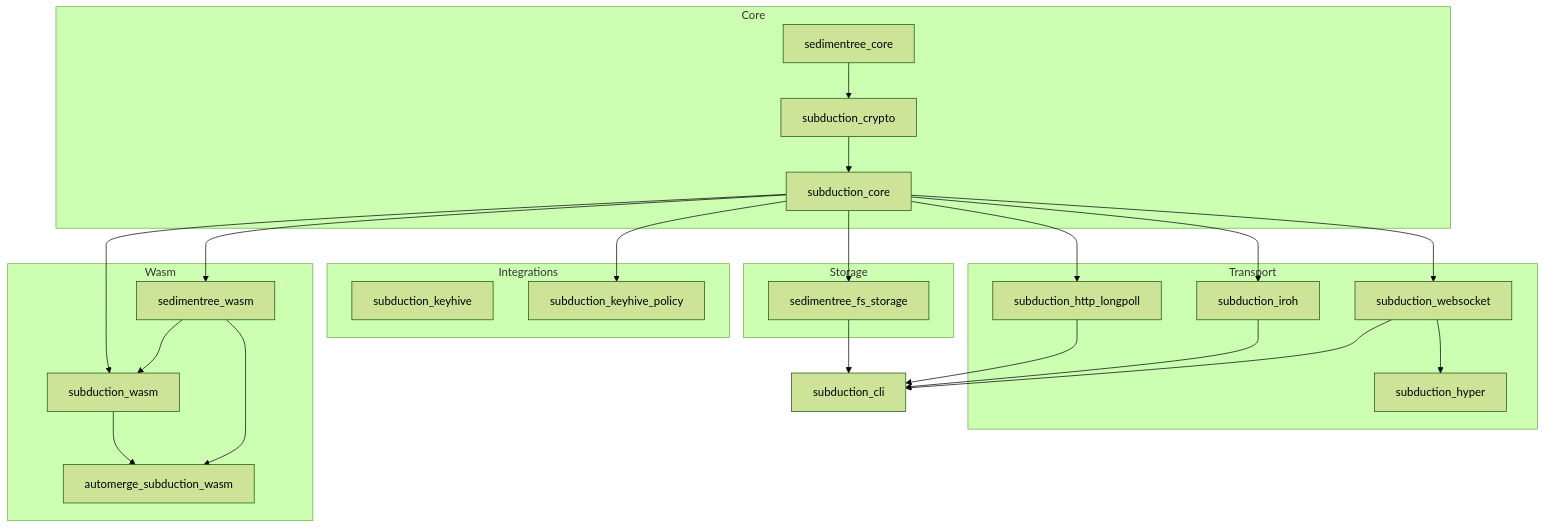
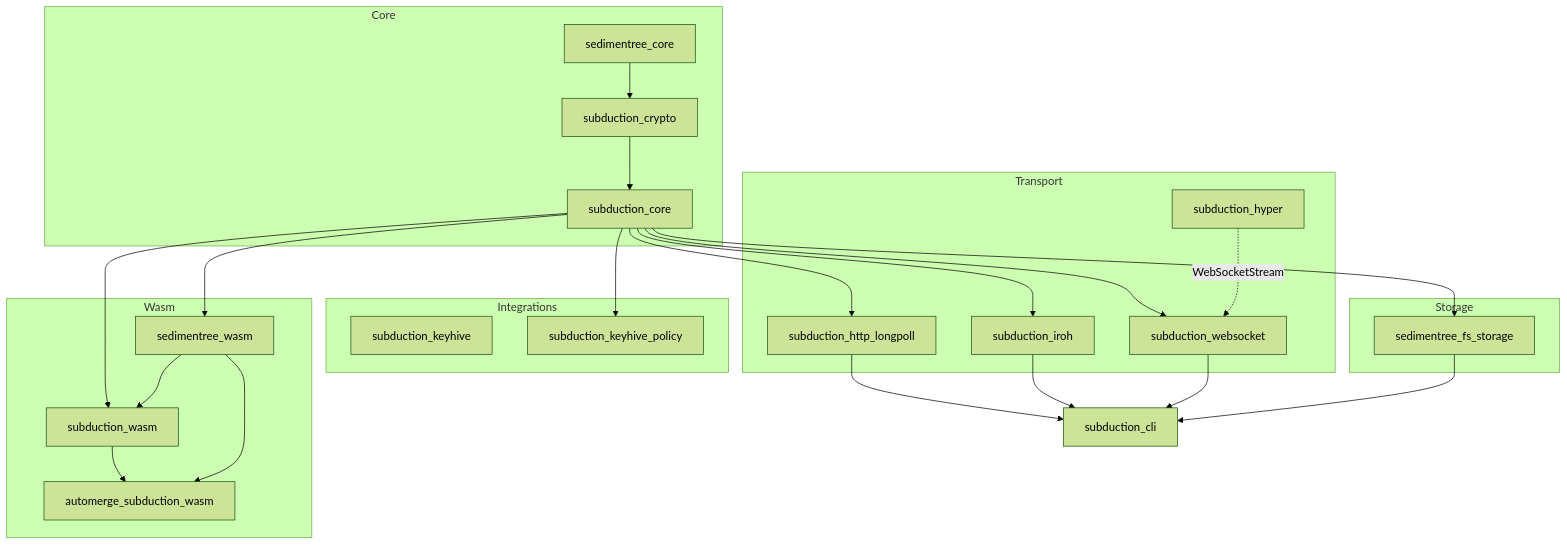
Before and after one commit to inkandswitch/subduction: the diagram in README.md, drawn with Mermaid (forest theme). The commit also changed 16 other files, not shown here.

````diff
--- a/README.md
+++ b/README.md
@@ -29,54 +29,54 @@
 ```mermaid
 graph TD
     subgraph Core
         sedimentree_core
         subduction_crypto
         subduction_core
     end
 
     subgraph Storage
         sedimentree_fs_storage
     end
 
     subgraph Transport
         subduction_http_longpoll
         subduction_hyper
         subduction_iroh
         subduction_websocket
     end
 
     subgraph Integrations
         subduction_keyhive
         subduction_keyhive_policy
     end
 
     subgraph Wasm
         sedimentree_wasm
         subduction_wasm
         automerge_subduction_wasm
     end
 
     subduction_cli
 
     sedimentree_core --> subduction_crypto
     subduction_crypto --> subduction_core
 
     subduction_core --> sedimentree_fs_storage
     subduction_core --> subduction_http_longpoll
     subduction_core --> subduction_iroh
     subduction_core --> subduction_websocket
-    subduction_websocket --> subduction_hyper
+    subduction_hyper -.->|WebSocketStream| subduction_websocket
     subduction_core --> subduction_keyhive_policy
 
     subduction_core --> sedimentree_wasm
     subduction_core --> subduction_wasm
     sedimentree_wasm --> subduction_wasm
 
     subduction_wasm --> automerge_subduction_wasm
     sedimentree_wasm --> automerge_subduction_wasm
 
     subduction_http_longpoll --> subduction_cli
     subduction_iroh --> subduction_cli
     subduction_websocket --> subduction_cli
     sedimentree_fs_storage --> subduction_cli
 ```
````
